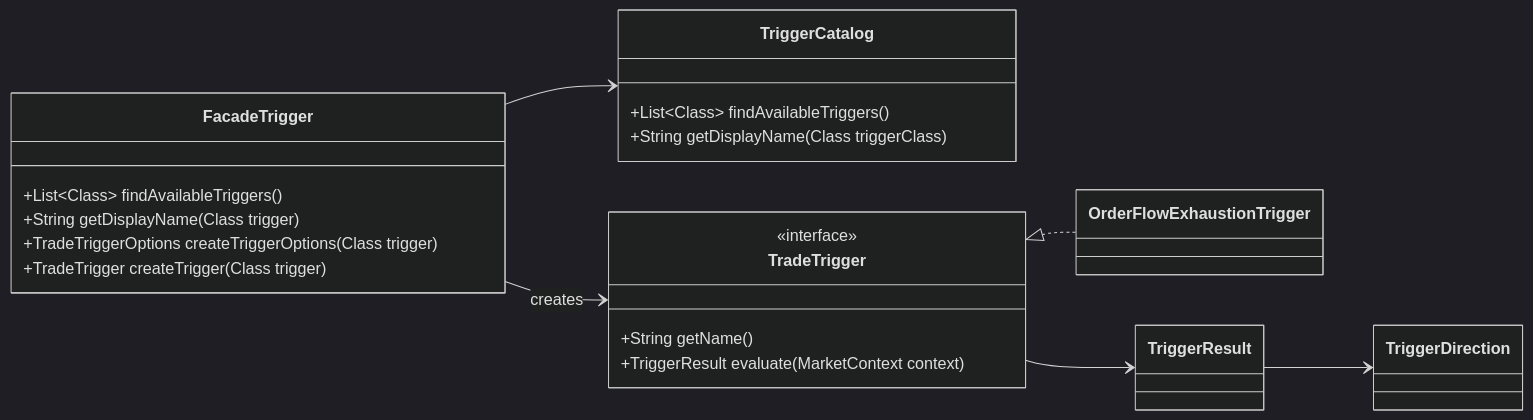
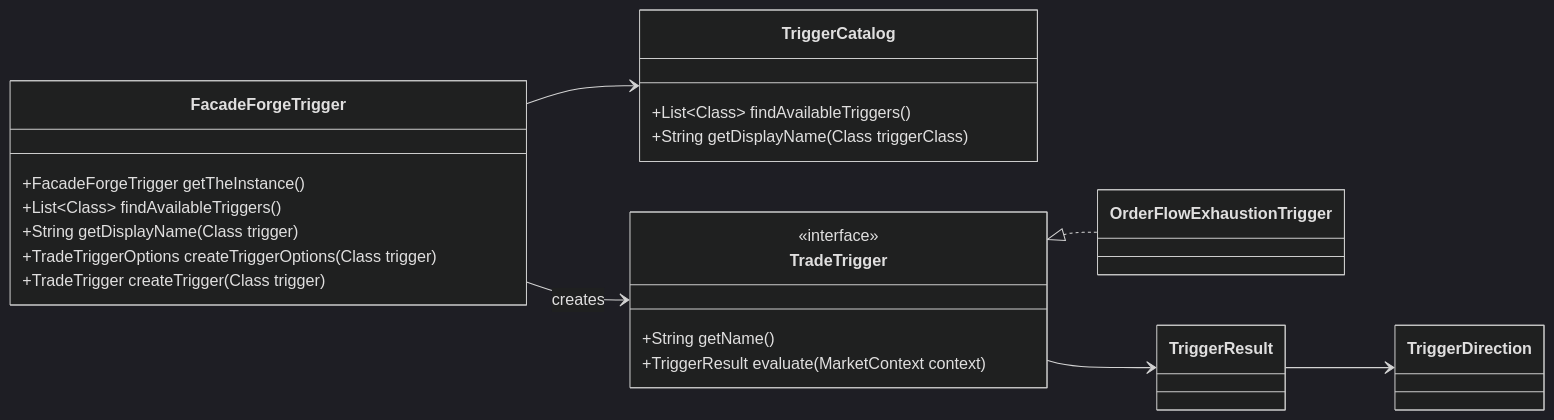
The seventh of 12 diagrams in class-model.md (probst-paul/FORGE), drawn with Mermaid (dark theme) before and after one commit. The commit also changed other lines of this file and 13 other files, not shown here.

First line of the commit message:
Rename facades to FacadeForge* and add singletons

````diff
--- a/class-model.md
+++ b/class-model.md
@@ -331,32 +335,33 @@
 ```mermaid
 classDiagram
     direction LR
 
-    class FacadeTrigger {
+    class FacadeForgeTrigger {
+        +FacadeForgeTrigger getTheInstance()
         +List~Class~ findAvailableTriggers()
         +String getDisplayName(Class trigger)
         +TradeTriggerOptions createTriggerOptions(Class trigger)
         +TradeTrigger createTrigger(Class trigger)
     }
 
     class TriggerCatalog {
         +List~Class~ findAvailableTriggers()
         +String getDisplayName(Class triggerClass)
     }
 
     class TradeTrigger {
         <<interface>>
         +String getName()
         +TriggerResult evaluate(MarketContext context)
     }
 
     class OrderFlowExhaustionTrigger
     class TriggerResult
     class TriggerDirection
 
-    FacadeTrigger --> TriggerCatalog
-    FacadeTrigger --> TradeTrigger : creates
+    FacadeForgeTrigger --> TriggerCatalog
+    FacadeForgeTrigger --> TradeTrigger : creates
     TradeTrigger <|.. OrderFlowExhaustionTrigger
     TradeTrigger --> TriggerResult
     TriggerResult --> TriggerDirection
 ```
````
